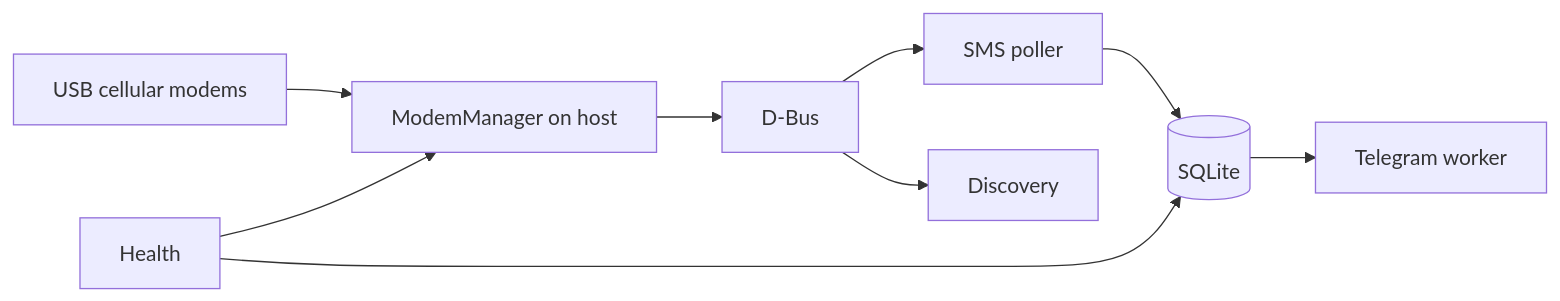
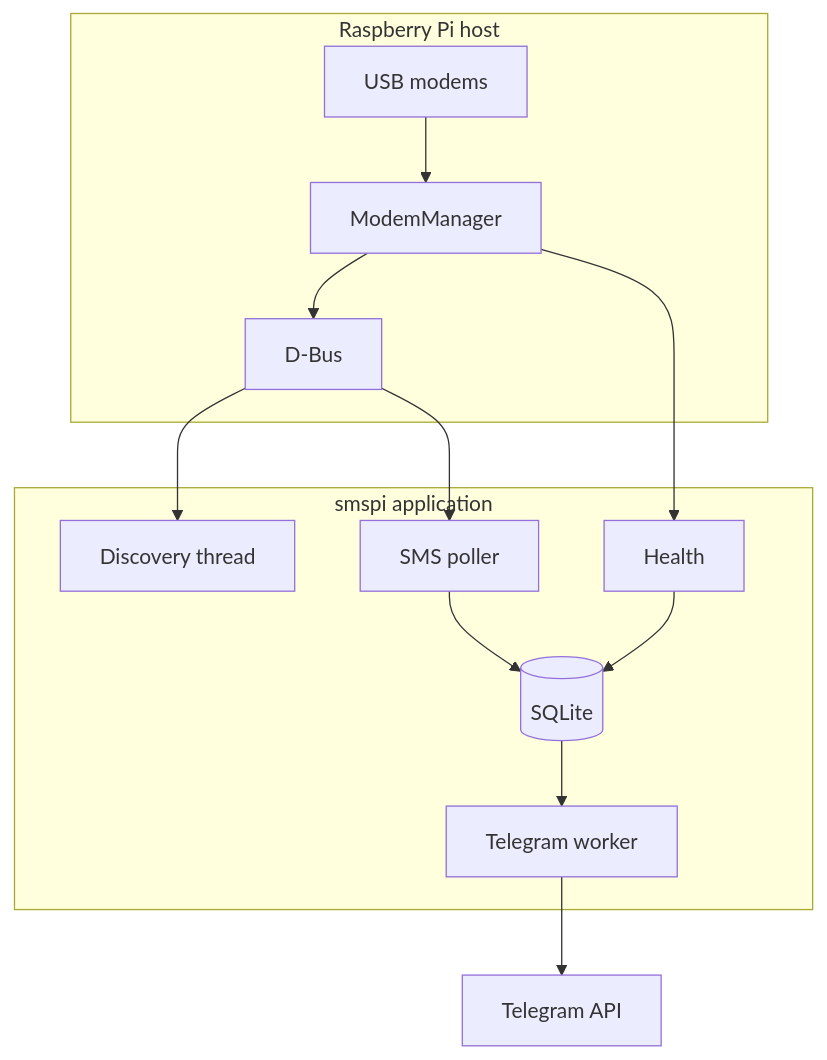
One commit to drhdev/smspi changed the diagram in README.md. Above: the diagram before and after it, drawn with Mermaid. The commit also changed other lines of this file, not shown here.

````diff
--- a/README.md
+++ b/README.md
@@ -37,11 +53,25 @@
 ```mermaid
-flowchart LR
-  USB[USB cellular modems] --> MM[ModemManager on host]
-  MM --> DBus[D-Bus]
-  DBus --> Poll[SMS poller]
-  DBus --> Disc[Discovery]
-  Poll --> DB[(SQLite)]
-  DB --> TG[Telegram worker]
-  Health[Health] --> DB
-  Health --> MM
+flowchart TB
+  subgraph host["Raspberry Pi host"]
+    USB[USB modems]
+    MM[ModemManager]
+    USB --> MM
+    MM --> DBus[D-Bus]
+  end
+
+  subgraph app["smspi application"]
+    Disc[Discovery thread]
+    Poll[SMS poller]
+    TG[Telegram worker]
+    HC[Health]
+    DB[(SQLite)]
+    Poll --> DB
+    DB --> TG
+    HC --> DB
+  end
+
+  DBus --> Disc
+  DBus --> Poll
+  MM --> HC
+  TG --> Telegram[Telegram API]
 ```
````
